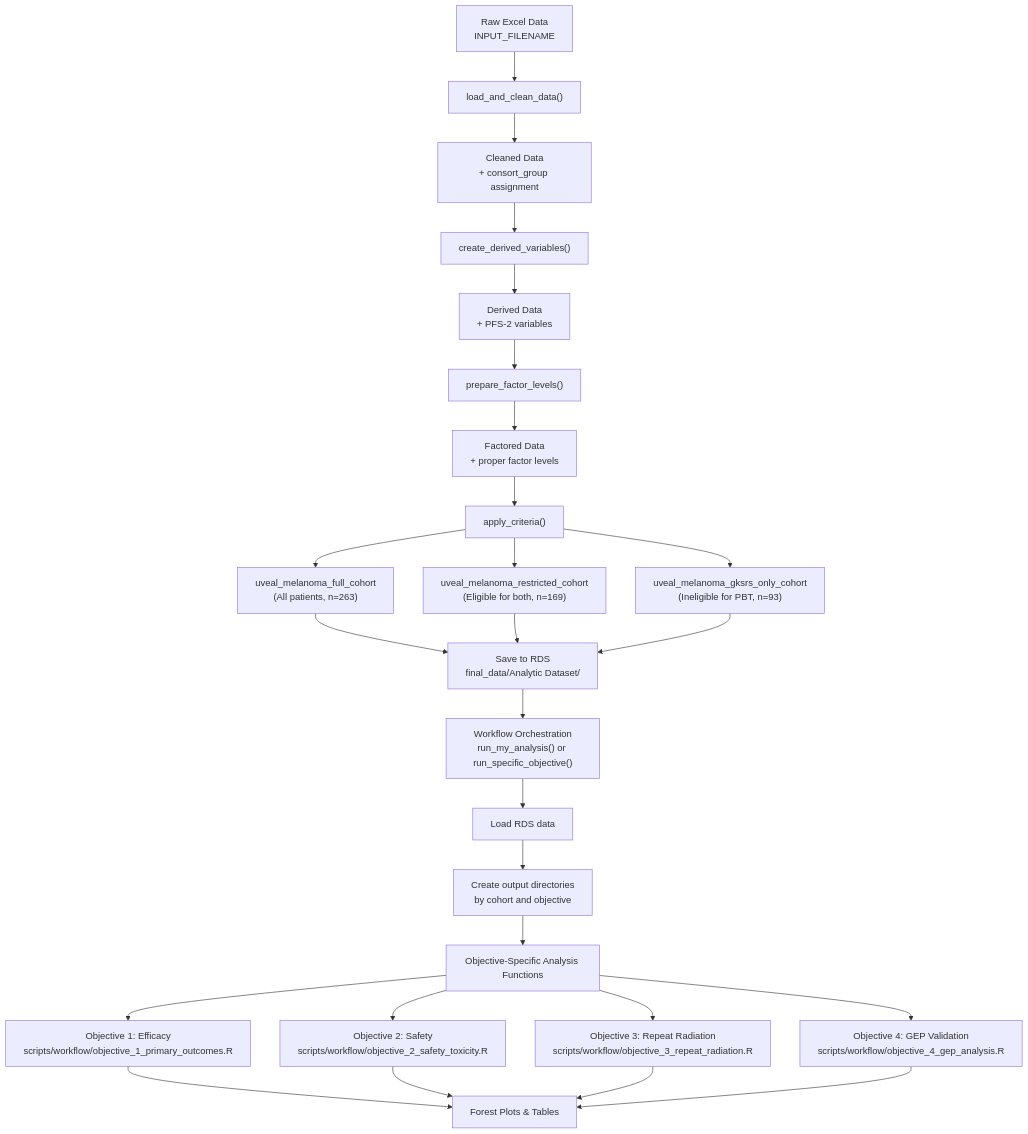
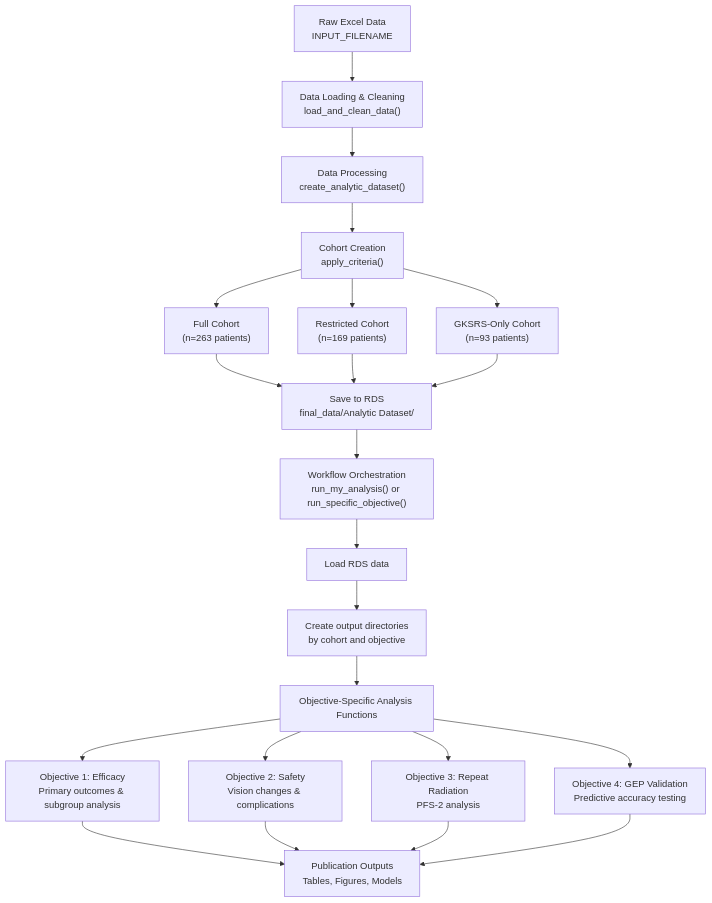
Before and after one commit to nicholas-camarda/uveal_melanoma: the diagram in README.md, drawn with Mermaid. The commit also changed other lines of this file and 17 other files, not shown here.

First line of the commit message:
feat: enhance GEP analysis pipeline with improved diagnostics and evaluation metrics

````diff
--- a/README.md
+++ b/README.md
@@ -75,33 +156,29 @@
 ```mermaid
 flowchart TD
-    A["Raw Excel Data<br/>INPUT_FILENAME"] --> B["load_and_clean_data()"]
-    B --> C["Cleaned Data<br/>+ consort_group assignment"]
-    C --> D["create_derived_variables()"]
-    D --> E["Derived Data<br/>+ PFS-2 variables"]
-    E --> F["prepare_factor_levels()"]
-    F --> G["Factored Data<br/>+ proper factor levels"]
-    G --> H["apply_criteria()"]
+    A["Raw Excel Data<br/>INPUT_FILENAME"] --> B["Data Loading & Cleaning<br/>load_and_clean_data()"]
+    B --> C["Data Processing<br/>create_analytic_dataset()"]
+    C --> D["Cohort Creation<br/>apply_criteria()"]
     
-    H --> I["uveal_melanoma_full_cohort<br/>(All patients, n=263)"]
-    H --> J["uveal_melanoma_restricted_cohort<br/>(Eligible for both, n=169)"]
-    H --> K["uveal_melanoma_gksrs_only_cohort<br/>(Ineligible for PBT, n=93)"]
+    D --> I["Full Cohort<br/>(n=263 patients)"]
+    D --> J["Restricted Cohort<br/>(n=169 patients)"]
+    D --> K["GKSRS-Only Cohort<br/>(n=93 patients)"]
     
     I --> L["Save to RDS<br/>final_data/Analytic Dataset/"]
     J --> L
     K --> L
     
     L --> M["Workflow Orchestration<br/>run_my_analysis() or run_specific_objective()"]
     M --> N["Load RDS data"]
     N --> O["Create output directories<br/>by cohort and objective"]
     O --> P["Objective-Specific Analysis Functions"]
     
-    P --> Q["Objective 1: Efficacy<br/>scripts/workflow/objective_1_primary_outcomes.R"]
-    P --> R["Objective 2: Safety<br/>scripts/workflow/objective_2_safety_toxicity.R"]
-    P --> S["Objective 3: Repeat Radiation<br/>scripts/workflow/objective_3_repeat_radiation.R"]
-    P --> T["Objective 4: GEP Validation<br/>scripts/workflow/objective_4_gep_analysis.R"]
+    P --> Q["Objective 1: Efficacy<br/>Primary outcomes & subgroup analysis"]
+    P --> R["Objective 2: Safety<br/>Vision changes & complications"]
+    P --> S["Objective 3: Repeat Radiation<br/>PFS-2 analysis"]
+    P --> T["Objective 4: GEP Validation<br/>Predictive accuracy testing"]
     
-    Q --> U["Forest Plots & Tables"]
+    Q --> U["Publication Outputs<br/>Tables, Figures, Models"]
     R --> U
     S --> U
     T --> U
 ```
````
